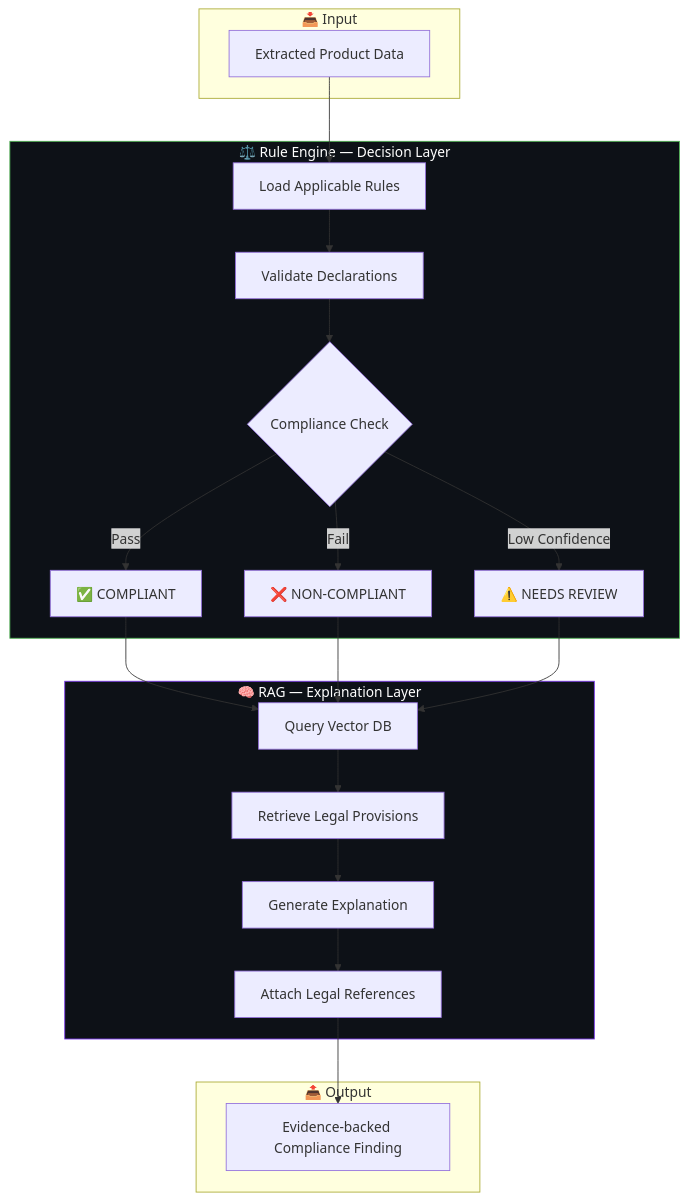
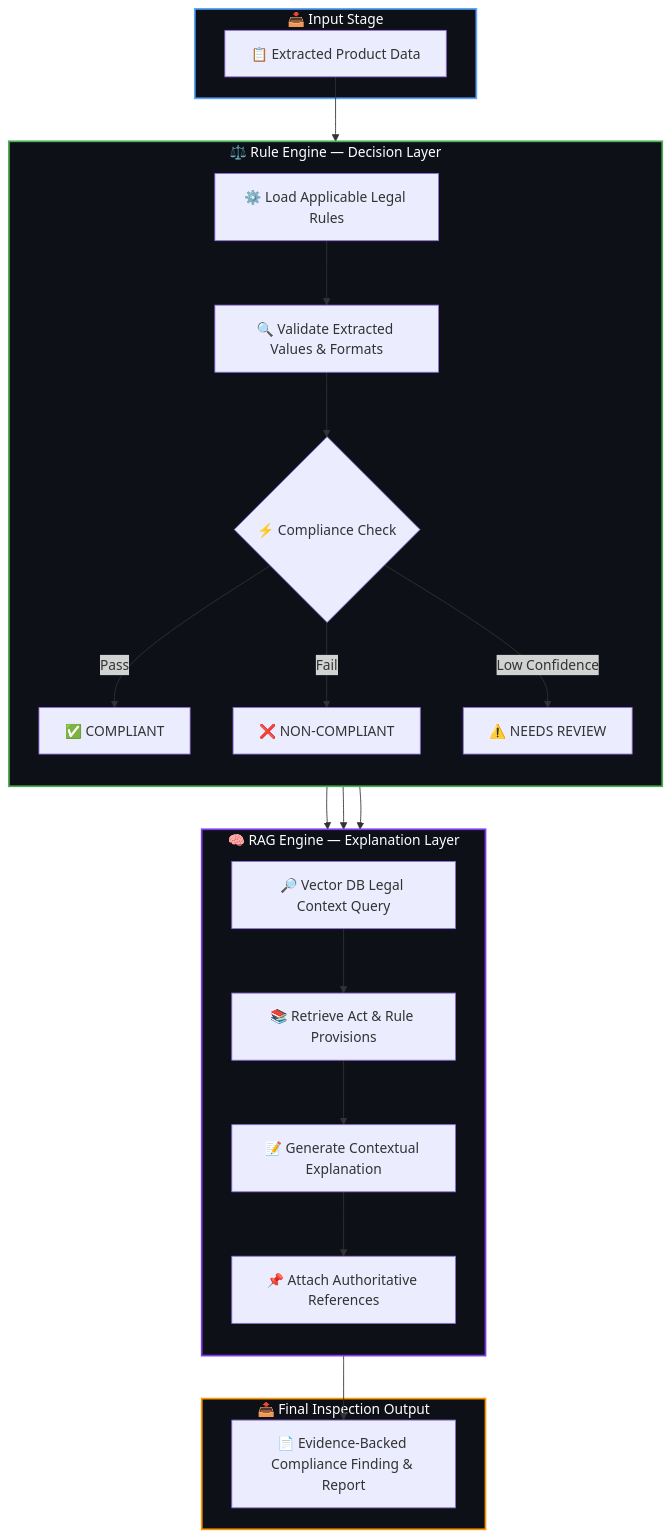
One commit to dhruvpatel16120/Validra changed the seventh of 13 diagrams in README.md. Above: the diagram before and after it, drawn with Mermaid. The commit also changed other lines of this file, not shown here.

````diff
--- a/README.md
+++ b/README.md
@@ -363,45 +474,37 @@
 ```mermaid
 flowchart TD
-    subgraph INPUT["📥 Input"]
-        A["Extracted Product Data"]
+    subgraph IN["📥 Input Stage"]
+        A["📋 Extracted Product Data"]
     end
 
-    subgraph RULE_ENGINE["⚖️ Rule Engine — Decision Layer"]
-        B["Load Applicable Rules"]
-        C["Validate Declarations"]
-        D{"Compliance Check"}
-        E["✅ COMPLIANT"]
-        F["❌ NON-COMPLIANT"]
-        G["⚠️ NEEDS REVIEW"]
+    subgraph RE["⚖️ Rule Engine — Decision Layer"]
+        direction TB
+        B["⚙️ Load Applicable Legal Rules"] --> C["🔍 Validate Extracted Values & Formats"]
+        C --> D{"⚡ Compliance Check"}
+        D -->|"Pass"| E["✅ COMPLIANT"]
+        D -->|"Fail"| F["❌ NON-COMPLIANT"]
+        D -->|"Low Confidence"| G["⚠️ NEEDS REVIEW"]
     end
 
-    subgraph RAG_ENGINE["🧠 RAG — Explanation Layer"]
-        H["Query Vector DB"]
-        I["Retrieve Legal Provisions"]
-        J["Generate Explanation"]
-        K["Attach Legal References"]
+    subgraph RAG["🧠 RAG Engine — Explanation Layer"]
+        direction TB
+        H["🔎 Vector DB Legal Context Query"] --> I["📚 Retrieve Act & Rule Provisions"]
+        I --> J["📝 Generate Contextual Explanation"]
+        J --> K["📌 Attach Authoritative References"]
     end
 
-    subgraph OUTPUT["📤 Output"]
-        L["Evidence-backed Compliance Finding"]
+    subgraph OUT["📤 Final Inspection Output"]
+        L["📄 Evidence-Backed Compliance Finding & Report"]
     end
 
     A --> B
-    B --> C
-    C --> D
-    D -->|"Pass"| E
-    D -->|"Fail"| F
-    D -->|"Low Confidence"| G
-
     E --> H
     F --> H
     G --> H
-
-    H --> I
-    I --> J
-    J --> K
     K --> L
 
-    style RULE_ENGINE fill:#0d1117,stroke:#4caf50,color:#fff
-    style RAG_ENGINE fill:#0d1117,stroke:#7c3aed,color:#fff
+    style IN fill:#0d1117,stroke:#58a6ff,stroke-width:2px,color:#fff
+    style RE fill:#0d1117,stroke:#4caf50,stroke-width:2px,color:#fff
+    style RAG fill:#0d1117,stroke:#7c3aed,stroke-width:2px,color:#fff
+    style OUT fill:#0d1117,stroke:#ff9800,stroke-width:2px,color:#fff
 ```
````
